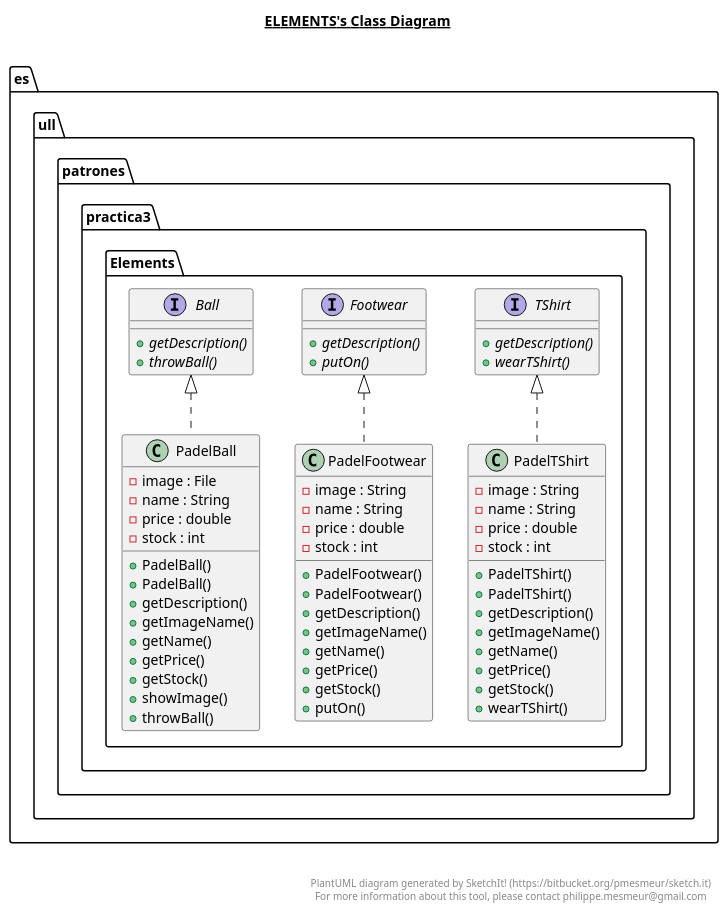
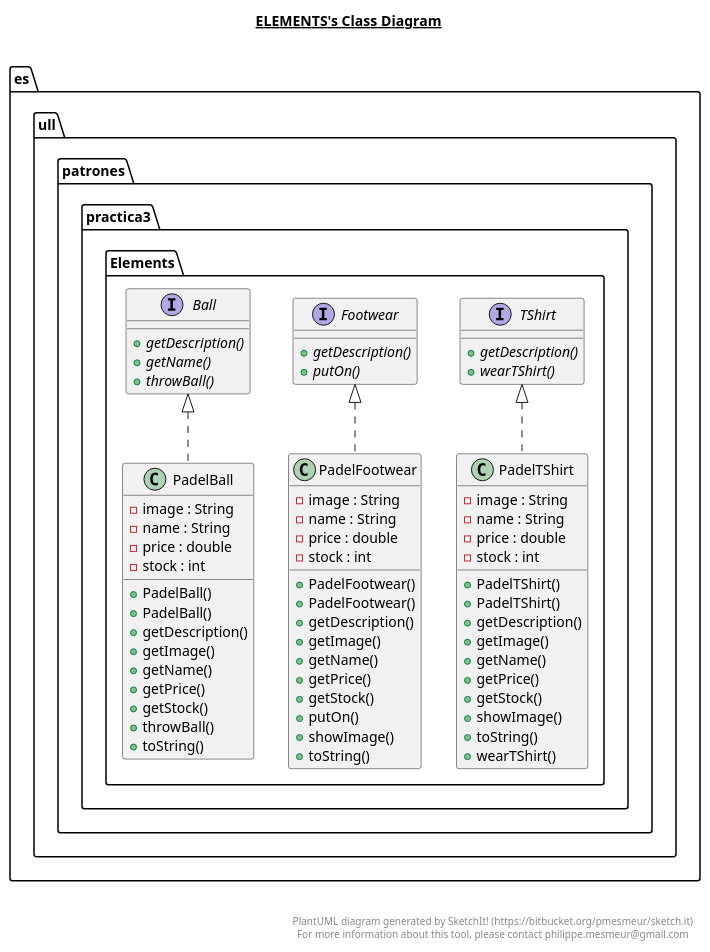
The diagram in src/main/java/es/ull/patrones/practica3/Elements/Elements.plantuml (garciarodrigo99/AbstractFactory), drawn with PlantUML before and after one commit. The commit also changed 17 other files, not shown here.

```diff
--- a/src/main/java/es/ull/patrones/practica3/Elements/Elements.plantuml
+++ b/src/main/java/es/ull/patrones/practica3/Elements/Elements.plantuml
@@ -1,108 +1,101 @@
 @startuml
 
 title __ELEMENTS's Class Diagram__\n
 
-  namespace es.ull.patrones.practica3 {
-    namespace Elements {
-      interface es.ull.patrones.practica3.Elements.Ball {
-          {abstract} + getDescription()
-          {abstract} + throwBall()
-      }
+  namespace es.ull.patrones.practica3.Elements {
+    interface es.ull.patrones.practica3.Elements.Ball {
+        {abstract} + getDescription()
+        {abstract} + getName()
+        {abstract} + throwBall()
     }
   }
   
 
-  namespace es.ull.patrones.practica3 {
-    namespace Elements {
-      interface es.ull.patrones.practica3.Elements.Footwear {
-          {abstract} + getDescription()
-          {abstract} + putOn()
-      }
+  namespace es.ull.patrones.practica3.Elements {
+    interface es.ull.patrones.practica3.Elements.Footwear {
+        {abstract} + getDescription()
+        {abstract} + putOn()
     }
   }
   
 
-  namespace es.ull.patrones.practica3 {
-    namespace Elements {
-      class es.ull.patrones.practica3.Elements.PadelBall {
-          - image : File
-          - name : String
-          - price : double
-          - stock : int
-          + PadelBall()
-          + PadelBall()
-          + getDescription()
-          + getImageName()
-          + getName()
-          + getPrice()
-          + getStock()
-          + showImage()
-          + throwBall()
-      }
+  namespace es.ull.patrones.practica3.Elements {
+    class es.ull.patrones.practica3.Elements.PadelBall {
+        - image : String
+        - name : String
+        - price : double
+        - stock : int
+        + PadelBall()
+        + PadelBall()
+        + getDescription()
+        + getImage()
+        + getName()
+        + getPrice()
+        + getStock()
+        + throwBall()
+        + toString()
     }
   }
   
 
-  namespace es.ull.patrones.practica3 {
-    namespace Elements {
-      class es.ull.patrones.practica3.Elements.PadelFootwear {
-          - image : String
-          - name : String
-          - price : double
-          - stock : int
-          + PadelFootwear()
-          + PadelFootwear()
-          + getDescription()
-          + getImageName()
-          + getName()
-          + getPrice()
-          + getStock()
-          + putOn()
-      }
+  namespace es.ull.patrones.practica3.Elements {
+    class es.ull.patrones.practica3.Elements.PadelFootwear {
+        - image : String
+        - name : String
+        - price : double
+        - stock : int
+        + PadelFootwear()
+        + PadelFootwear()
+        + getDescription()
+        + getImage()
+        + getName()
+        + getPrice()
+        + getStock()
+        + putOn()
+        + showImage()
+        + toString()
     }
   }
   
 
-  namespace es.ull.patrones.practica3 {
-    namespace Elements {
-      class es.ull.patrones.practica3.Elements.PadelTShirt {
-          - image : String
-          - name : String
-          - price : double
-          - stock : int
-          + PadelTShirt()
-          + PadelTShirt()
-          + getDescription()
-          + getImageName()
-          + getName()
-          + getPrice()
-          + getStock()
-          + wearTShirt()
-      }
+  namespace es.ull.patrones.practica3.Elements {
+    class es.ull.patrones.practica3.Elements.PadelTShirt {
+        - image : String
+        - name : String
+        - price : double
+        - stock : int
+        + PadelTShirt()
+        + PadelTShirt()
+        + getDescription()
+        + getImage()
+        + getName()
+        + getPrice()
+        + getStock()
+        + showImage()
+        + toString()
+        + wearTShirt()
     }
   }
   
 
-  namespace es.ull.patrones.practica3 {
-    namespace Elements {
-      interface es.ull.patrones.practica3.Elements.TShirt {
-          {abstract} + getDescription()
-          {abstract} + wearTShirt()
-      }
+  namespace es.ull.patrones.practica3.Elements {
+    interface es.ull.patrones.practica3.Elements.TShirt {
+        {abstract} + getDescription()
+        {abstract} + wearTShirt()
     }
   }
   
 
   es.ull.patrones.practica3.Elements.PadelBall .up.|> es.ull.patrones.practica3.Elements.Ball
   es.ull.patrones.practica3.Elements.PadelFootwear .up.|> es.ull.patrones.practica3.Elements.Footwear
   es.ull.patrones.practica3.Elements.PadelTShirt .up.|> es.ull.patrones.practica3.Elements.TShirt
 
 
 right footer
 
 
 PlantUML diagram generated by SketchIt! (https://bitbucket.org/pmesmeur/sketch.it)
 For more information about this tool, please contact philippe.mesmeur@gmail.com
 endfooter
 
 @enduml
```
